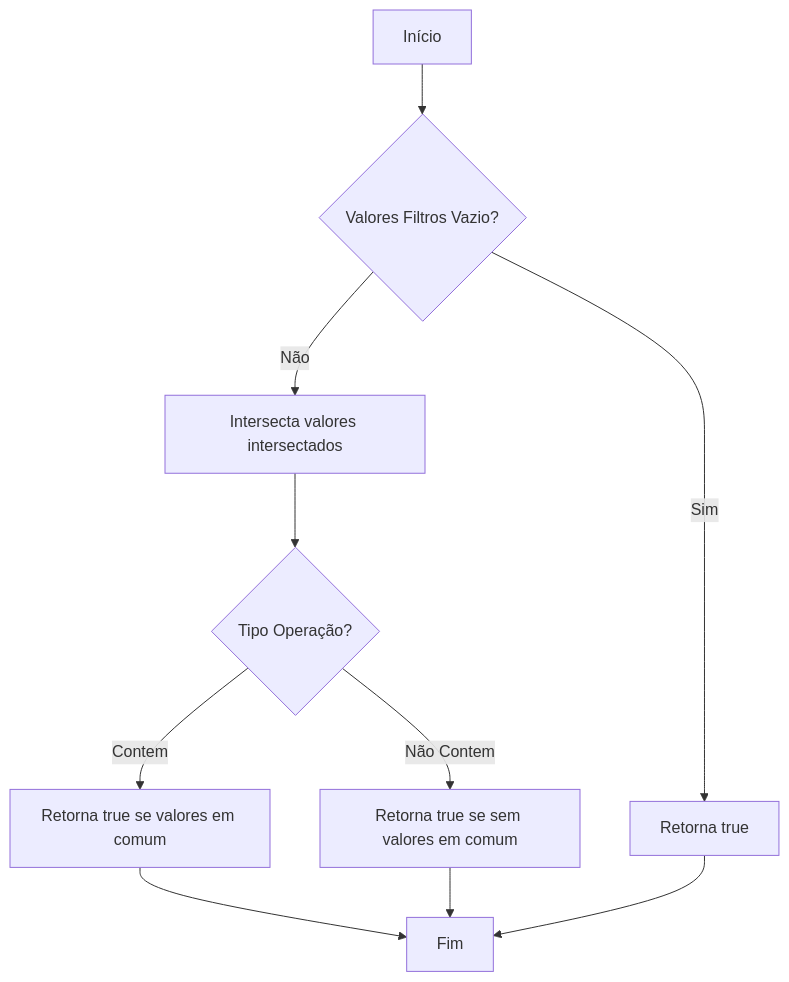
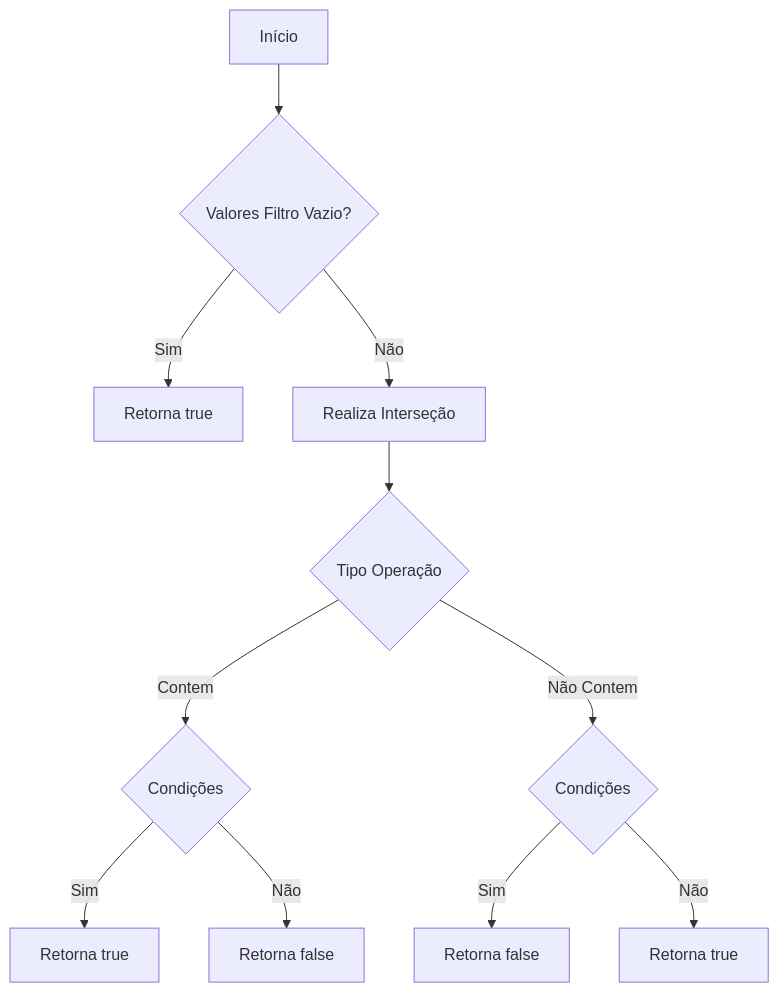
Before and after one commit to IsthmusSistemas/documentacao-tecnica: the first of 2 diagrams in docs/b2b-dominio/IsthmusWinthor.Nucleo/IsthmusWinthor.Dominio/Entidades/FiltroRegraValorMinimo.md, drawn with Mermaid. The commit also changed other lines of this file and 882 other files, not shown here.

````diff
--- a/docs/b2b-dominio/IsthmusWinthor.Nucleo/IsthmusWinthor.Dominio/Entidades/FiltroRegraValorMinimo.md
+++ b/docs/b2b-dominio/IsthmusWinthor.Nucleo/IsthmusWinthor.Dominio/Entidades/FiltroRegraValorMinimo.md
@@ -25,12 +27,13 @@
 ```mermaid
 flowchart TD
-    A[Início] --> B{Valores Filtros Vazio?}
+    A[Início] --> B{Valores Filtro Vazio?}
     B -- Sim --> C[Retorna true]
-    B -- Não --> D[Intersecta valores intersectados]
-    D --> E{Tipo Operação?}
-    E -- Contem --> F[Retorna true se valores em comum]
-    E -- Não Contem --> G[Retorna true se sem valores em comum]
-    F --> H[Fim]
-    G --> H
-    C --> H
+    B -- Não --> D[Realiza Interseção]
+    D --> E{Tipo Operação}
+    E -- Contem --> F{Condições}
+    F -- Sim --> G[Retorna true]
+    F -- Não --> H[Retorna false]
+    E -- Não Contem --> I{Condições}
+    I -- Sim --> J[Retorna false]
+    I -- Não --> K[Retorna true]
 ```
````
